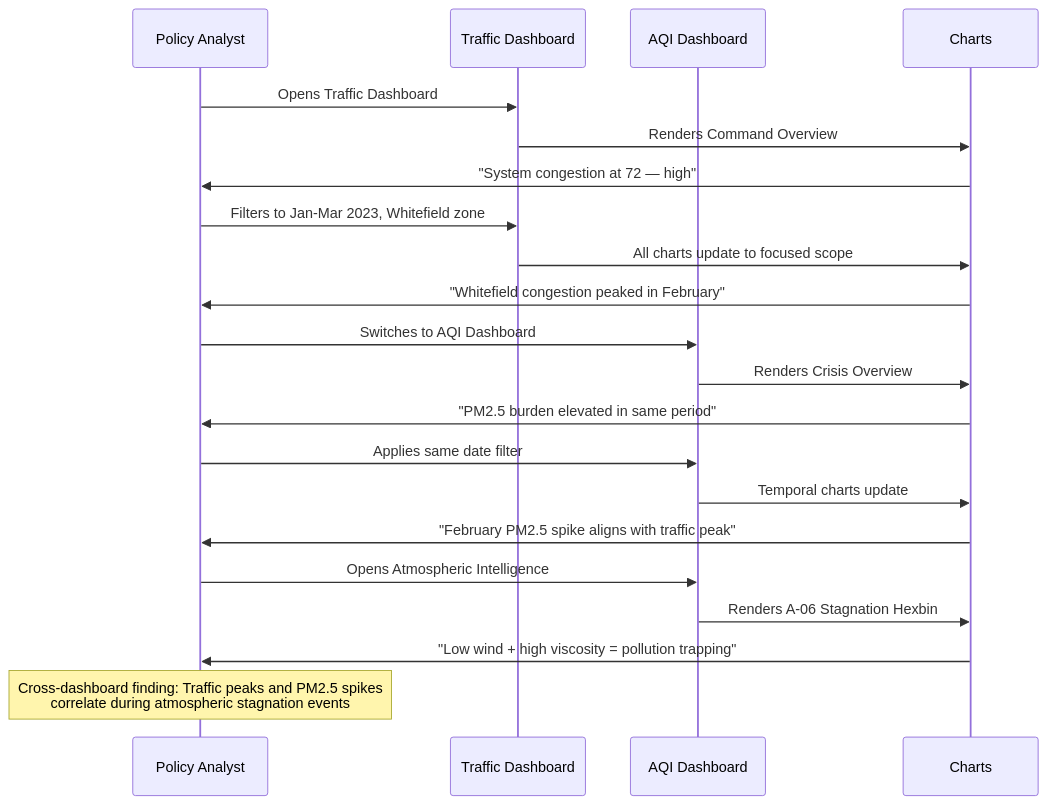
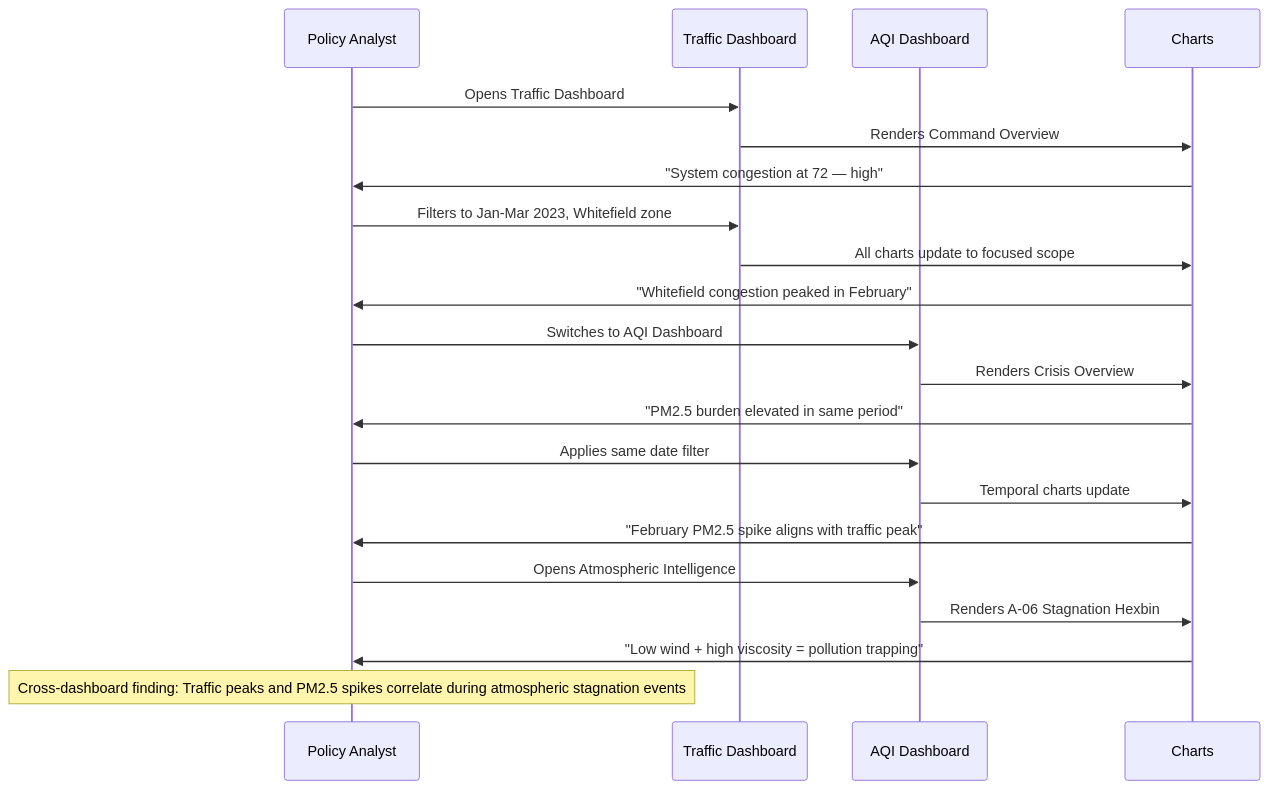
The fourth of 6 diagrams in docs/diagrams/user_journey.md (aajay101/DADV-Project), drawn with Mermaid before and after one commit. The commit also changed other lines of this file and 6 other files, not shown here.

````diff
--- a/docs/diagrams/user_journey.md
+++ b/docs/diagrams/user_journey.md
@@ -116,29 +116,29 @@
 ```mermaid
 sequenceDiagram
     participant P as Policy Analyst
     participant T as Traffic Dashboard
     participant A as AQI Dashboard
     participant C as Charts
 
     P->>T: Opens Traffic Dashboard
     T->>C: Renders Command Overview
     C->>P: "System congestion at 72 — high"
     
     P->>T: Filters to Jan-Mar 2023, Whitefield zone
     T->>C: All charts update to focused scope
     C->>P: "Whitefield congestion peaked in February"
     
     P->>A: Switches to AQI Dashboard
     A->>C: Renders Crisis Overview
     C->>P: "PM2.5 burden elevated in same period"
     
     P->>A: Applies same date filter
     A->>C: Temporal charts update
     C->>P: "February PM2.5 spike aligns with traffic peak"
     
     P->>A: Opens Atmospheric Intelligence
     A->>C: Renders A-06 Stagnation Hexbin
     C->>P: "Low wind + high viscosity = pollution trapping"
     
-    Note over P: Cross-dashboard finding: Traffic peaks and PM2.5 spikes<br/>correlate during atmospheric stagnation events
+    Note over P: Cross-dashboard finding: Traffic peaks and PM2.5 spikes correlate during atmospheric stagnation events
 ```
````
